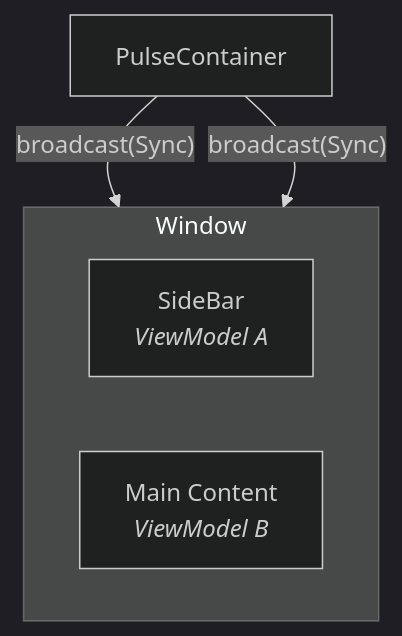
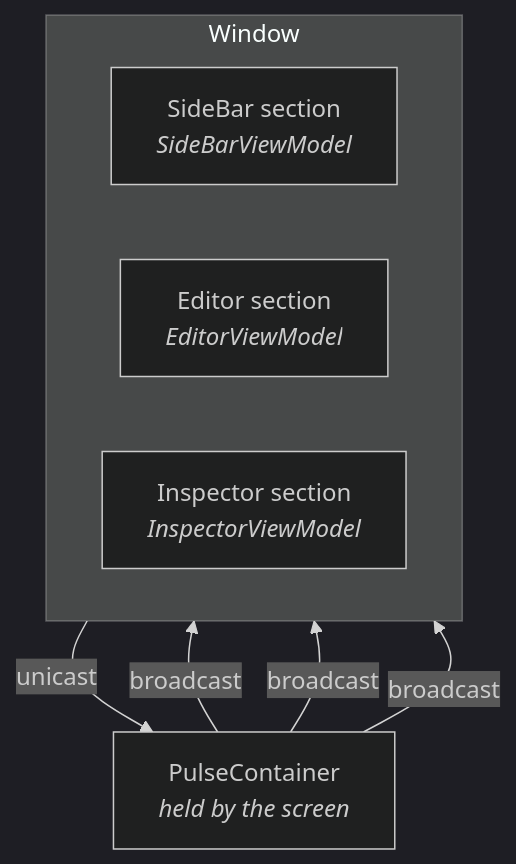
The diagram in docs/guide/index.md (kaleidot725/PulseDesktop), drawn with Mermaid (dark theme) before and after one commit. The commit also changed other lines of this file and 7 other files, not shown here.

````diff
--- a/docs/guide/index.md
+++ b/docs/guide/index.md
@@ -17,11 +35,14 @@
 ```mermaid
 flowchart TB
-    PC["PulseContainer"]
+    PC["PulseContainer<br/><i>held by the screen</i>"]
     subgraph W["Window"]
         direction LR
-        SB["SideBar<br/><i>ViewModel A</i>"]
-        MC["Main Content<br/><i>ViewModel B</i>"]
+        A["SideBar section<br/><i>SideBarViewModel</i>"]
+        B["Editor section<br/><i>EditorViewModel</i>"]
+        C["Inspector section<br/><i>InspectorViewModel</i>"]
     end
-    PC -- "broadcast(Sync)" --> SB
-    PC -- "broadcast(Sync)" --> MC
+    B -- "unicast" --> PC
+    PC -- "broadcast" --> A
+    PC -- "broadcast" --> B
+    PC -- "broadcast" --> C
 ```
````
